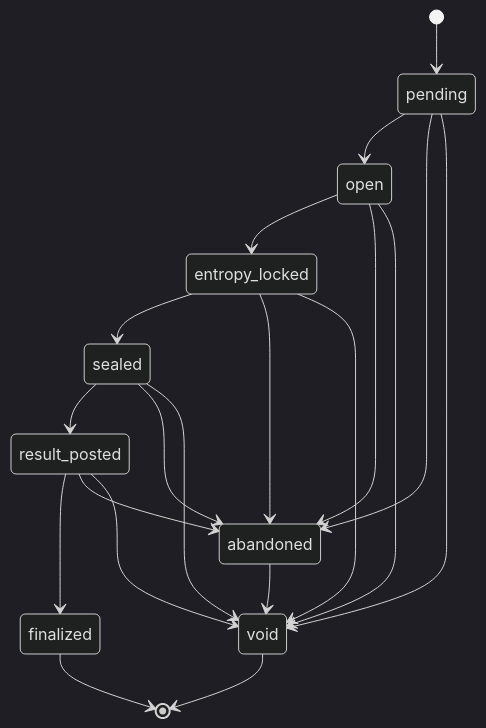
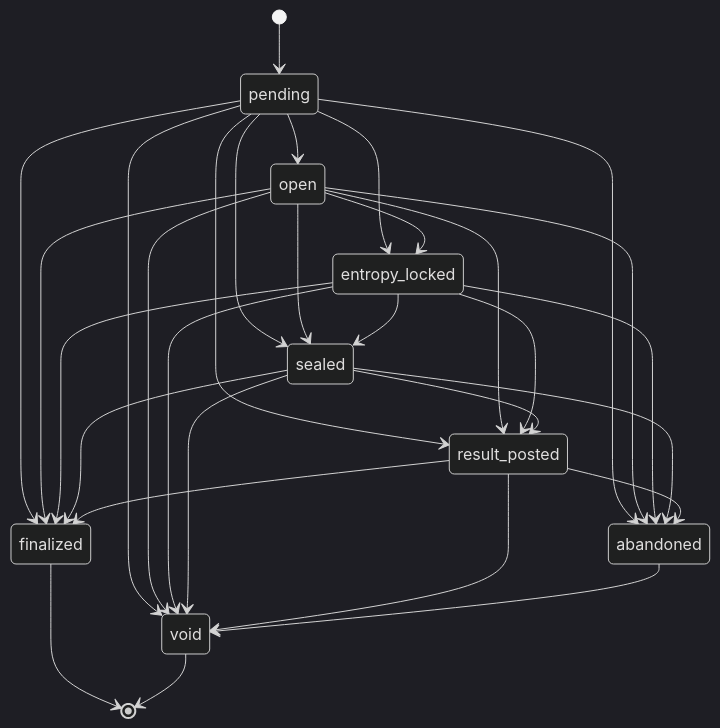
One commit to stephenclawdbot-png/ranch-game changed diagram 18 of 24 in docs/state-machines.md. Above: the diagram before and after it, drawn with Mermaid (dark theme). The commit also changed other lines of this file and 1 other file, not shown here.

Commit message:
Real tote mirror machine: may skip ahead along the chain's order, never back
The mirror records the chain events it is given (a test fixture posts a result straight after the
market opened), so a forward skip is legal; a backward move is still reported.

Claude-Session: https://claude.ai/code/session_01Vu84mkkZ7WYWg3fhBK5rmy

````diff
--- a/docs/state-machines.md
+++ b/docs/state-machines.md
@@ -489,22 +489,32 @@
 ```mermaid
 stateDiagram-v2
   [*] --> pending
   pending --> open
+  pending --> entropy_locked
+  pending --> sealed
+  pending --> result_posted
+  pending --> finalized
   pending --> abandoned
   pending --> void
   open --> entropy_locked
+  open --> sealed
+  open --> result_posted
+  open --> finalized
   open --> abandoned
   open --> void
   entropy_locked --> sealed
+  entropy_locked --> result_posted
+  entropy_locked --> finalized
   entropy_locked --> abandoned
   entropy_locked --> void
   sealed --> result_posted
+  sealed --> finalized
   sealed --> abandoned
   sealed --> void
   result_posted --> finalized
   result_posted --> abandoned
   result_posted --> void
   abandoned --> void
   finalized --> [*]
   void --> [*]
 ```
````
